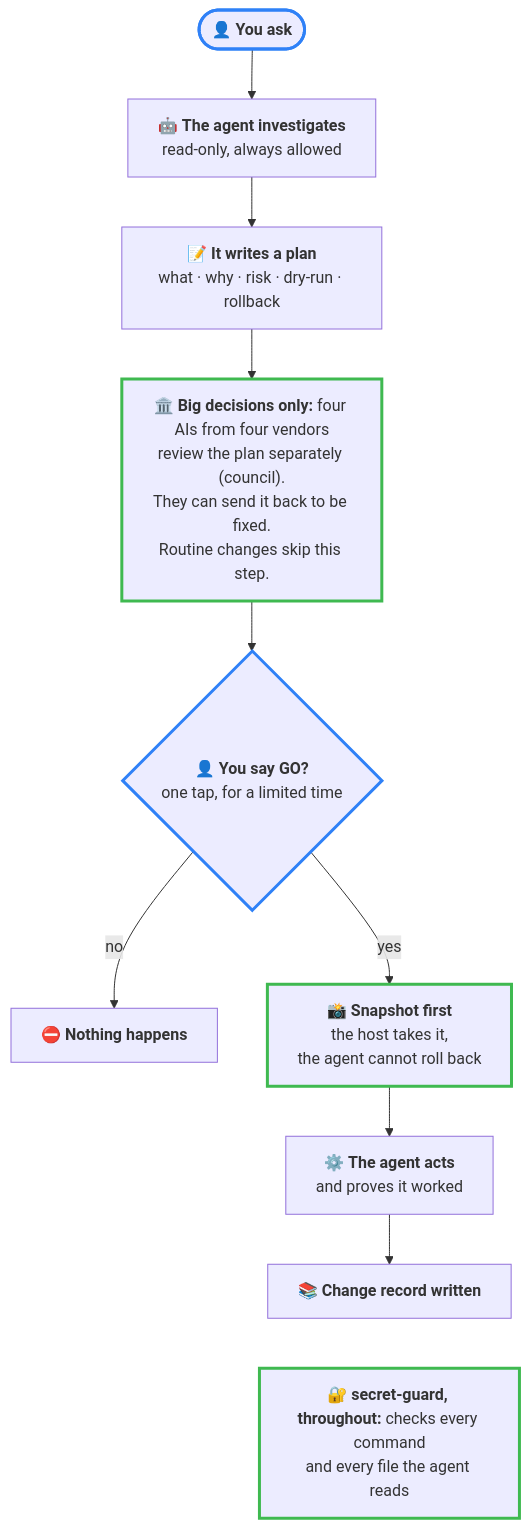
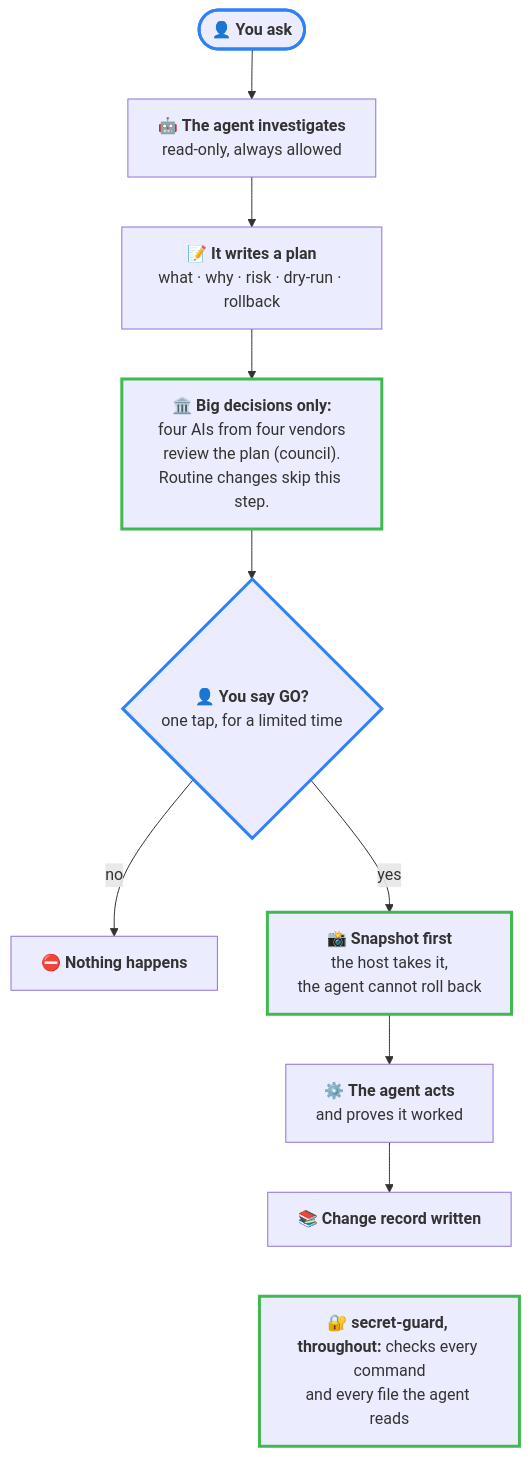
One commit to renocz/agent-ops-guardrails changed the first of 2 diagrams in README.md. Above: the diagram before and after it, drawn with Mermaid.

Commit message:
README: shorter council box in the method diagram

Claude-Session: https://claude.ai/code/session_01NqvGhbuXAyuV51AEWxnve1

````diff
--- a/README.md
+++ b/README.md
@@ -15,14 +15,14 @@
 ```mermaid
 flowchart TB
     H(["👤 <b>You ask</b>"]):::human --> A["🤖 <b>The agent investigates</b><br/>read-only, always allowed"]
     A --> P["📝 <b>It writes a plan</b><br/>what · why · risk · dry-run · rollback"]
-    P --> C["🏛️ <b>Big decisions only:</b> four AIs from four vendors<br/>review the plan separately (council).<br/>They can send it back to be fixed.<br/>Routine changes skip this step."]:::guard
+    P --> C["🏛️ <b>Big decisions only:</b><br/>four AIs from four vendors<br/>review the plan (council).<br/>Routine changes skip this step."]:::guard
     C --> G{"👤 <b>You say GO?</b><br/>one tap, for a limited time"}:::human
     G -->|"no"| X["⛔ <b>Nothing happens</b>"]
     G -->|"yes"| S["📸 <b>Snapshot first</b><br/>the host takes it,<br/>the agent cannot roll back"]:::guard
     S --> E["⚙️ <b>The agent acts</b><br/>and proves it worked"]
     E --> D["📚 <b>Change record written</b>"]
     D ~~~ SG["🔐 <b>secret-guard, throughout:</b> checks every command<br/>and every file the agent reads"]:::guard
     classDef human stroke:#2f81f7,stroke-width:3px
     classDef guard stroke:#3fb950,stroke-width:3px
 ```
````
